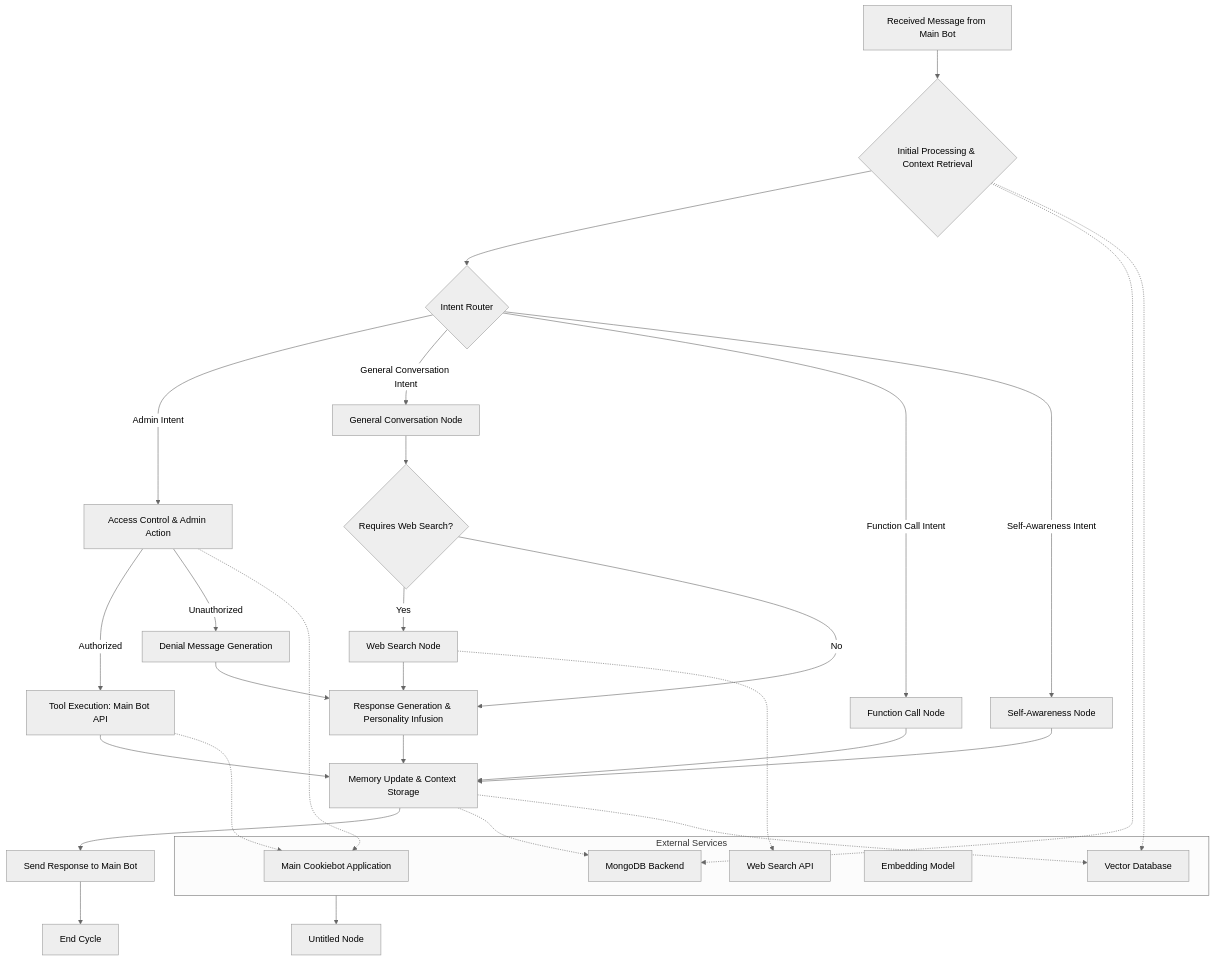
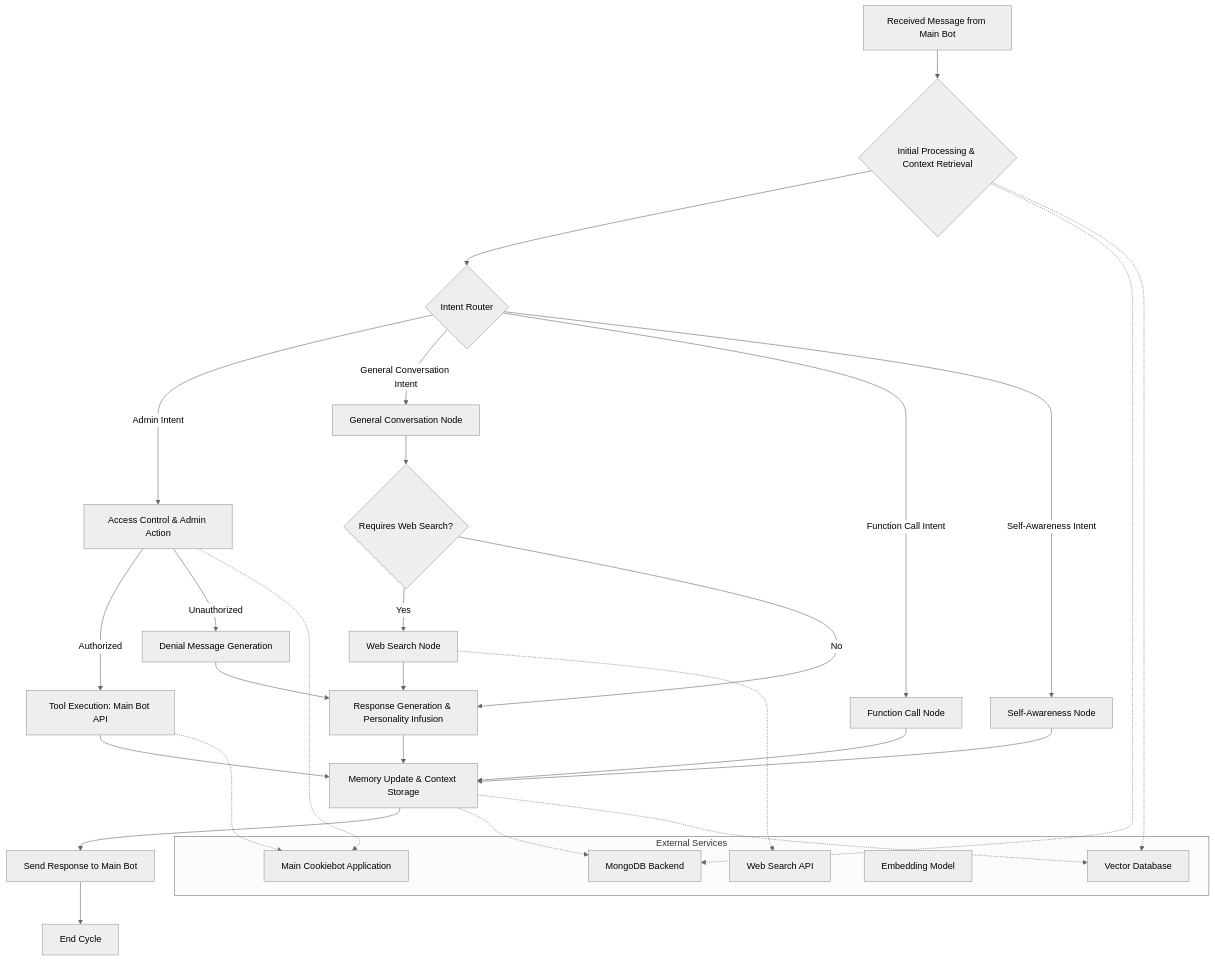
One commit to MekhyW/CookieBaker-AI-2 changed the diagram in README.md. Above: the diagram before and after it, drawn with Mermaid (neutral theme).

````diff
--- a/README.md
+++ b/README.md
@@ -5,35 +5,34 @@
 ```mermaid
 flowchart TD
  subgraph subGraph0["External Services"]
         L["Main Cookiebot Application"]
         M["MongoDB Backend"]
         N["Vector Database"]
         O["Embedding Model"]
         P["Web Search API"]
   end
     A["Received Message from Main Bot"] --> B{"Initial Processing & Context Retrieval"}
     B --> C{"Intent Router"}
     C -- Admin Intent --> D["Access Control & Admin Action"]
     C -- General Conversation Intent --> E["General Conversation Node"]
     C -- Function Call Intent --> F["Function Call Node"]
     C -- "Self-Awareness Intent" --> G["Self-Awareness Node"]
     D -- Authorized --> D1["Tool Execution: Main Bot API"]
     D -- Unauthorized --> D2["Denial Message Generation"]
     E --> E1a{"Requires Web Search?"}
     E1a -- Yes --> E1b["Web Search Node"]
     E1a -- No --> H["Response Generation & Personality Infusion"]
     E1b --> H
     D1 --> I["Memory Update & Context Storage"]
     D2 --> H
     F --> I
     G --> I
     H --> I
     I --> J["Send Response to Main Bot"]
     J --> K["End Cycle"]
     D1 -.-> L
     D -.-> L
     B -.-> M & N
     I -.-> M & N
     E1b -.-> P
-    subGraph0 --> n1["Untitled Node"]
 ```
````
